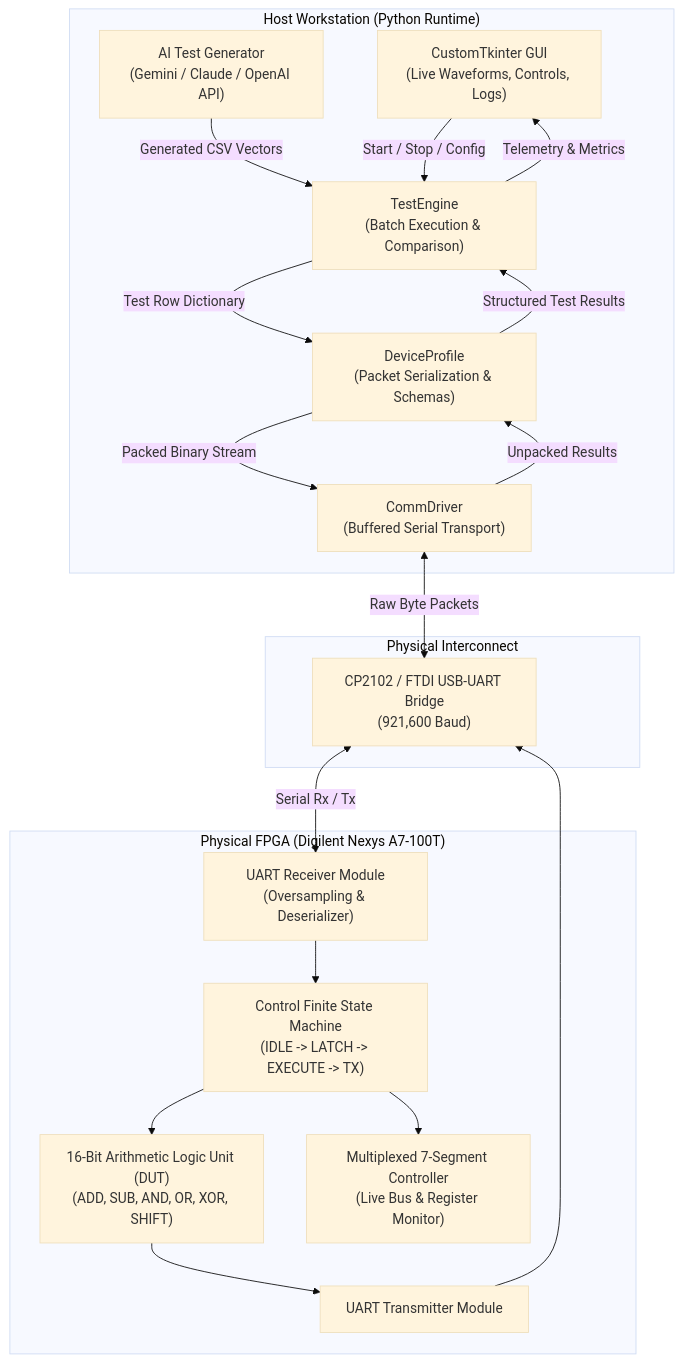
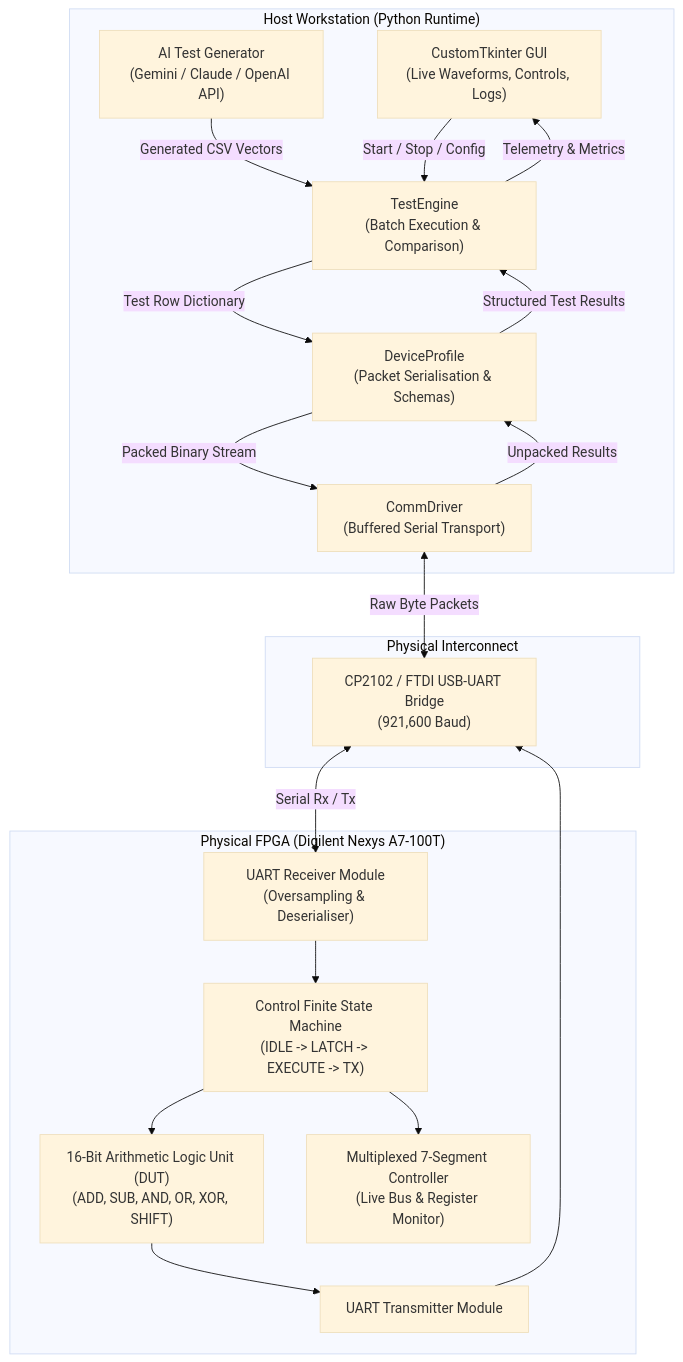
One commit to HarryRogers073/vaidar changed the diagram in README.md. Above: the diagram before and after it, drawn with Mermaid (base theme). The commit also changed other lines of this file and 4 other files, not shown here.

````diff
--- a/README.md
+++ b/README.md
@@ -65,34 +65,34 @@
 ```mermaid
 flowchart TD
     subgraph Host ["Host Workstation (Python Runtime)"]
         UI["CustomTkinter GUI\n(Live Waveforms, Controls, Logs)"]
         AI["AI Test Generator\n(Gemini / Claude / OpenAI API)"]
         ENG["TestEngine\n(Batch Execution & Comparison)"]
-        PROF["DeviceProfile\n(Packet Serialization & Schemas)"]
+        PROF["DeviceProfile\n(Packet Serialisation & Schemas)"]
         DRV["CommDriver\n(Buffered Serial Transport)"]
     end
 
     subgraph Link ["Physical Interconnect"]
         UART["CP2102 / FTDI USB-UART Bridge\n(921,600 Baud)"]
     end
 
     subgraph Target ["Physical FPGA (Digilent Nexys A7-100T)"]
-        RX["UART Receiver Module\n(Oversampling & Deserializer)"]
+        RX["UART Receiver Module\n(Oversampling & Deserialiser)"]
         FSM["Control Finite State Machine\n(IDLE -> LATCH -> EXECUTE -> TX)"]
         ALU["16-Bit Arithmetic Logic Unit (DUT)\n(ADD, SUB, AND, OR, XOR, SHIFT)"]
         DISP["Multiplexed 7-Segment Controller\n(Live Bus & Register Monitor)"]
         TX["UART Transmitter Module"]
     end
 
     AI -->|Generated CSV Vectors| ENG
     UI -->|Start / Stop / Config| ENG
     ENG -->|Test Row Dictionary| PROF
     PROF -->|Packed Binary Stream| DRV
     DRV <-->|Raw Byte Packets| UART
     UART <-->|Serial Rx / Tx| RX
     RX --> FSM --> ALU --> TX --> UART
     FSM --> DISP
     DRV -->|Unpacked Results| PROF
     PROF -->|Structured Test Results| ENG
     ENG -->|Telemetry & Metrics| UI
 ```
````
